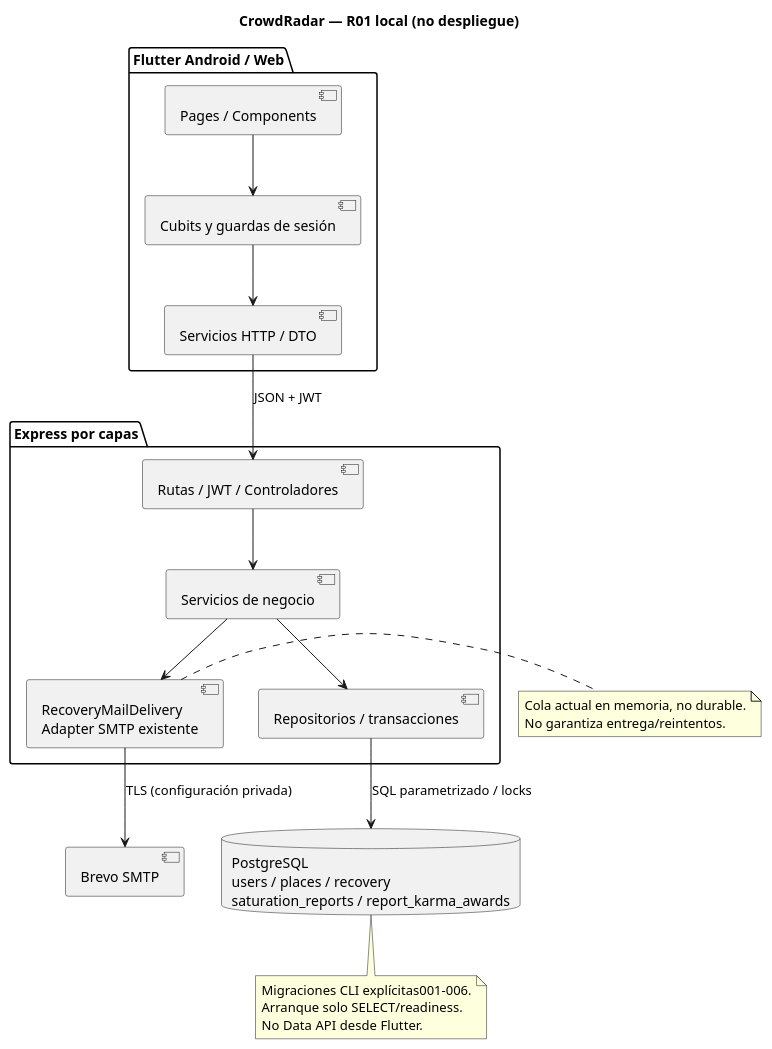
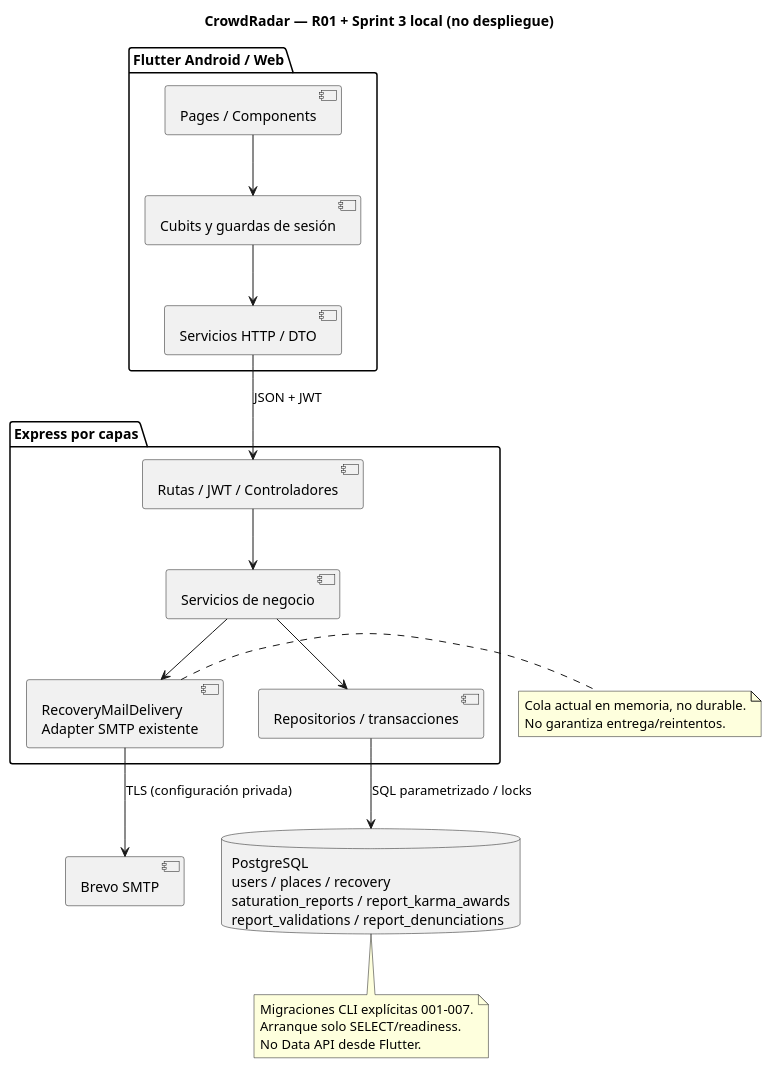
Before and after one commit to raelchang03UL/CrowdRadar-Backend-SW2: the first of 4 diagrams in docs/modelos/consolidacion.puml, drawn with PlantUML. The commit also changed other lines of this file and 5 other files, not shown here.

```diff
--- a/docs/modelos/consolidacion.puml
+++ b/docs/modelos/consolidacion.puml
@@ -1,32 +1,32 @@
 @startuml
-title CrowdRadar — R01 local (no despliegue)
+title CrowdRadar — R01 + Sprint 3 local (no despliegue)
 package "Flutter Android / Web" {
   [Pages / Components] as UI
   [Cubits y guardas de sesión] as State
   [Servicios HTTP / DTO] as Client
   UI --> State
   State --> Client
 }
 package "Express por capas" {
   [Rutas / JWT / Controladores] as HTTP
   [Servicios de negocio] as Services
   [Repositorios / transacciones] as Repos
   [RecoveryMailDelivery\nAdapter SMTP existente] as Mail
   HTTP --> Services
   Services --> Repos
   Services --> Mail
 }
-database "PostgreSQL\nusers / places / recovery\nsaturation_reports / report_karma_awards" as DB
+database "PostgreSQL\nusers / places / recovery\nsaturation_reports / report_karma_awards\nreport_validations / report_denunciations" as DB
 Client --> HTTP : JSON + JWT
 Repos --> DB : SQL parametrizado / locks
 Mail --> [Brevo SMTP] : TLS (configuración privada)
 note right of Mail
   Cola actual en memoria, no durable.
   No garantiza entrega/reintentos.
 end note
 note bottom of DB
-  Migraciones CLI explícitas001–006.
+  Migraciones CLI explícitas 001–007.
   Arranque solo SELECT/readiness.
   No Data API desde Flutter.
 end note
 @enduml
```
